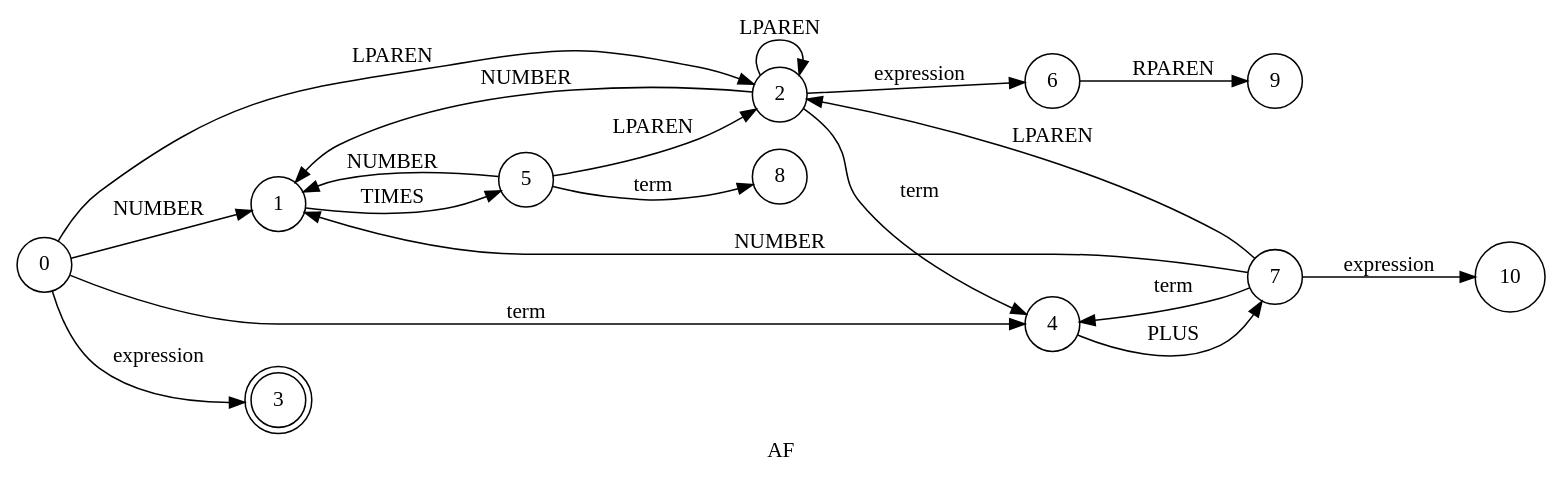
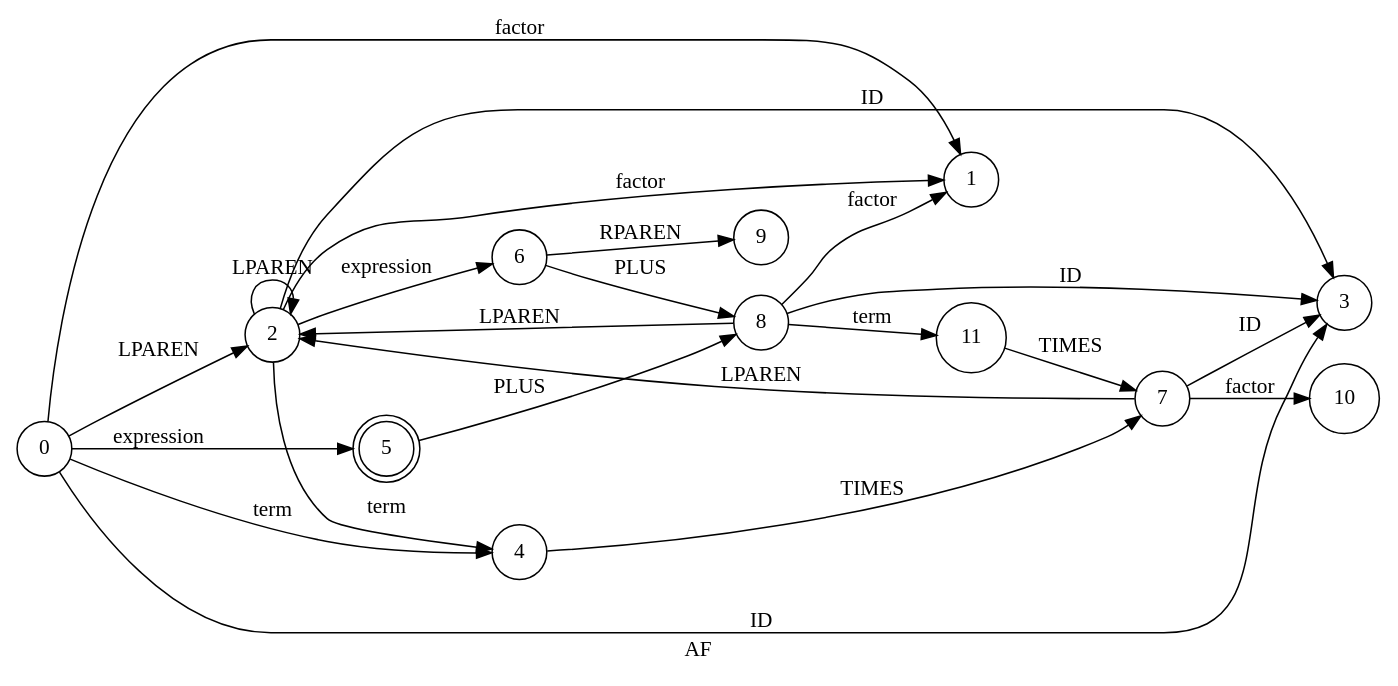
Before and after one commit to XaviAlvarado18/Languages_E: the diagram in LR0/default/LR0_explicit.gv, drawn with Graphviz. The commit also changed 7 other files, not shown here.

Commit message:
Graph SLR

```diff
--- a/LR0/default/LR0_explicit.gv
+++ b/LR0/default/LR0_explicit.gv
@@ -1,34 +1,39 @@
 // LR0
 digraph {
 	rankdir=LR
 	label=AF
 	0 [label=0 shape=circle]
 	1 [label=1 shape=circle]
-	5 [label=5 shape=circle]
-	5 -> 1 [label=NUMBER]
+	0 -> 1 [label=factor]
 	2 [label=2 shape=circle]
-	2 -> 1 [label=NUMBER]
+	2 -> 1 [label=factor]
 	2 -> 2 [label=LPAREN]
+	3 [label=3 shape=circle]
+	2 -> 3 [label=ID]
+	4 [label=4 shape=circle]
+	7 [label=7 shape=circle]
+	10 [label=10 shape=circle]
+	7 -> 10 [label=factor]
+	7 -> 2 [label=LPAREN]
+	7 -> 3 [label=ID]
+	4 -> 7 [label=TIMES]
+	2 -> 4 [label=term]
 	6 [label=6 shape=circle]
 	9 [label=9 shape=circle]
 	6 -> 9 [label=RPAREN]
+	8 [label=8 shape=circle]
+	8 -> 1 [label=factor]
+	8 -> 2 [label=LPAREN]
+	8 -> 3 [label=ID]
+	11 [label=11 shape=circle]
+	11 -> 7 [label=TIMES]
+	8 -> 11 [label=term]
+	6 -> 8 [label=PLUS]
 	2 -> 6 [label=expression]
-	4 [label=4 shape=circle]
-	7 [label=7 shape=circle]
-	7 -> 1 [label=NUMBER]
-	7 -> 2 [label=LPAREN]
-	10 [label=10 shape=circle]
-	7 -> 10 [label=expression]
-	7 -> 4 [label=term]
-	4 -> 7 [label=PLUS]
-	2 -> 4 [label=term]
-	5 -> 2 [label=LPAREN]
-	8 [label=8 shape=circle]
-	5 -> 8 [label=term]
-	1 -> 5 [label=TIMES]
-	0 -> 1 [label=NUMBER]
 	0 -> 2 [label=LPAREN]
-	3 [label=3 shape=doublecircle]
-	0 -> 3 [label=expression]
+	0 -> 3 [label=ID]
 	0 -> 4 [label=term]
+	5 [label=5 shape=doublecircle]
+	5 -> 8 [label=PLUS]
+	0 -> 5 [label=expression]
 }
```
